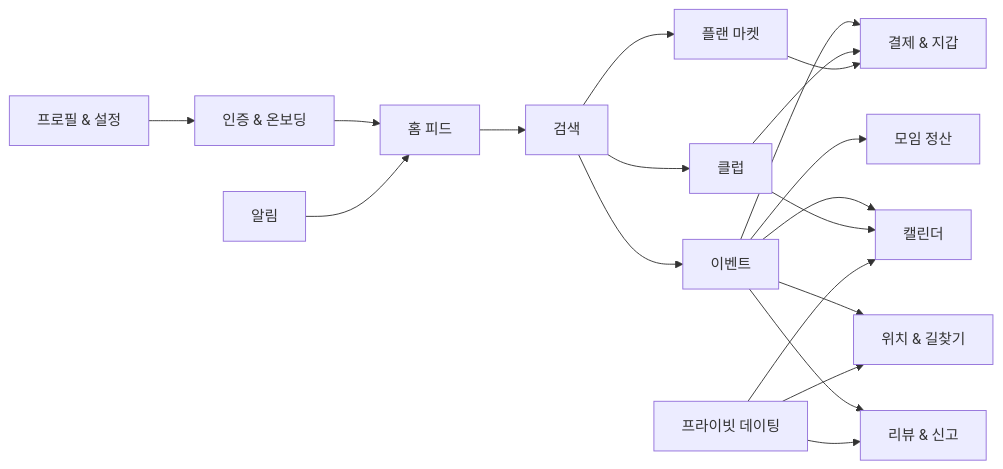
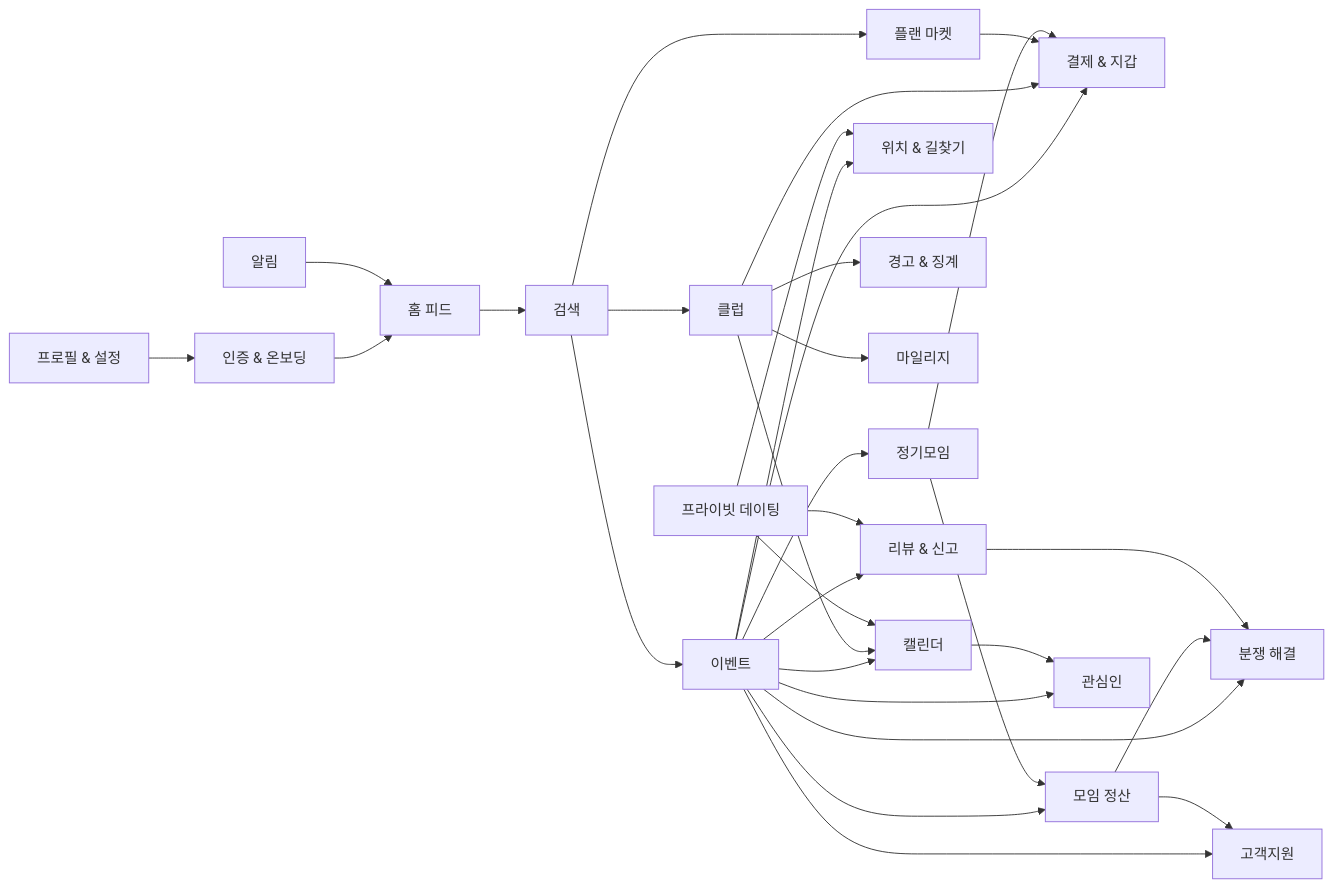
Before and after one commit to endside82/business_logic: the diagram in prd/00_prd_items/04_domain_purposes.md, drawn with Mermaid. The commit also changed other lines of this file and 64 other files, not shown here.

````diff
--- a/prd/00_prd_items/04_domain_purposes.md
+++ b/prd/00_prd_items/04_domain_purposes.md
@@ -41,21 +43,33 @@
 ```mermaid
 flowchart LR
     A["인증 & 온보딩"] --> B["홈 피드"]
     B --> C["검색"]
     C --> D["이벤트"]
     C --> E["클럽"]
     C --> F["플랜 마켓"]
     D --> G["결제 & 지갑"]
     E --> G
     F --> G
     D --> H["모임 정산"]
     D --> I["캘린더"]
     D --> J["위치 & 길찾기"]
     E --> I
     K["프라이빗 데이팅"] --> I
     K --> J
     D --> L["리뷰 & 신고"]
     K --> L
     M["알림"] --> B
     N["프로필 & 설정"] --> A
+    E --> O["경고 & 징계"]
+    E --> P["마일리지"]
+    D --> Q["정기모임"]
+    Q --> G
+    Q --> H
+    D --> R["분쟁 해결"]
+    H --> R
+    L --> R
+    D --> S["관심인"]
+    I --> S
+    D --> T["고객지원"]
+    H --> T
 ```
````
